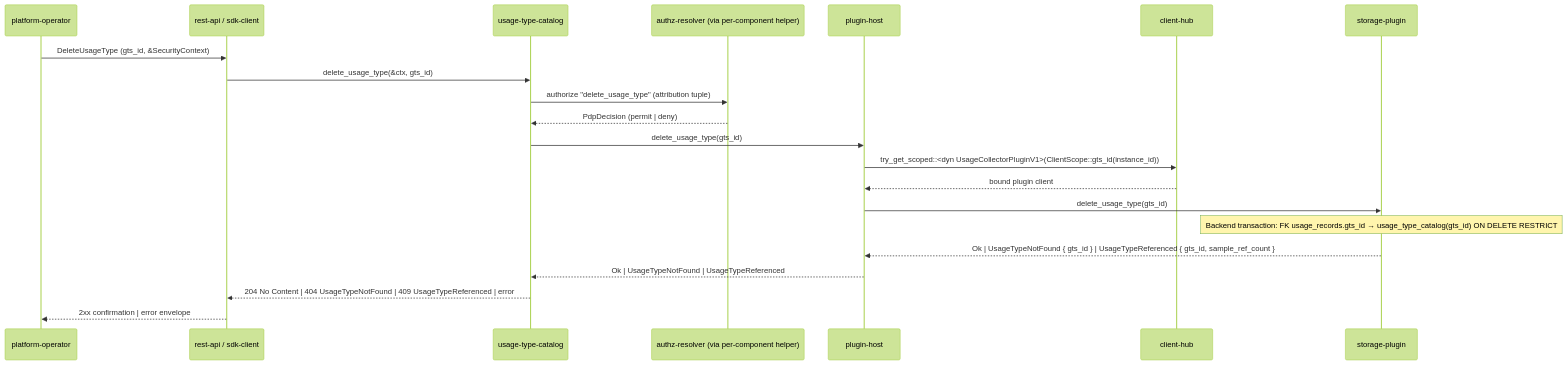
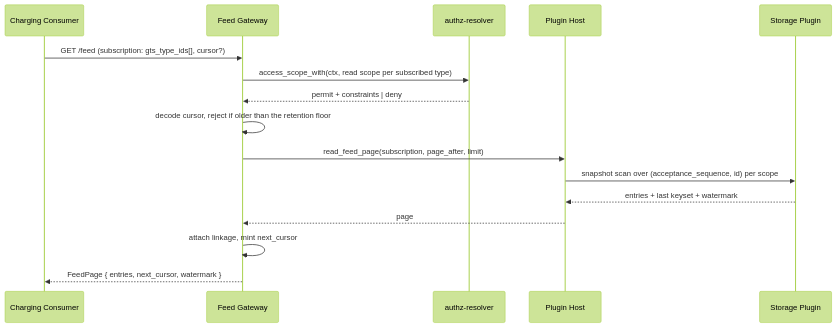
The seventh of 8 diagrams in gears/system/usage-collector/docs/DESIGN.md (constructorfabric/gears-rust), drawn with Mermaid (forest theme) before and after one commit. The commit also changed other lines of this file and 36 other files, not shown here.

First line of the commit message:
docs(usage-collector)!: rework the metering model in DESIGN and the ADRs

````diff
--- a/gears/system/usage-collector/docs/DESIGN.md
+++ b/gears/system/usage-collector/docs/DESIGN.md
@@ -816,23 +1459,19 @@
 ```mermaid
 sequenceDiagram
-    participant Operator as platform-operator
-    participant Surface as rest-api / sdk-client
-    participant MC as usage-type-catalog
-    participant PDP as authz-resolver (via per-component helper)
-    participant PH as plugin-host
-    participant Hub as client-hub
-    participant SP as storage-plugin
-    Operator ->> Surface: DeleteUsageType (gts_id, &SecurityContext)
-    Surface ->> MC: delete_usage_type(&ctx, gts_id)
-    MC ->> PDP: authorize "delete_usage_type" (attribution tuple)
-    PDP -->> MC: PdpDecision (permit | deny)
-    MC ->> PH: delete_usage_type(gts_id)
-    PH ->> Hub: try_get_scoped::<dyn UsageCollectorPluginV1>(ClientScope::gts_id(instance_id))
-    Hub -->> PH: bound plugin client
-    PH ->> SP: delete_usage_type(gts_id)
-    Note over SP: Backend transaction: FK usage_records.gts_id → usage_type_catalog(gts_id) ON DELETE RESTRICT
-    SP -->> PH: Ok | UsageTypeNotFound { gts_id } | UsageTypeReferenced { gts_id, sample_ref_count }
-    PH -->> MC: Ok | UsageTypeNotFound | UsageTypeReferenced
-    MC -->> Surface: 204 No Content | 404 UsageTypeNotFound | 409 UsageTypeReferenced | error
-    Surface -->> Operator: 2xx confirmation | error envelope
+    participant C as Charging Consumer
+    participant FG as Feed Gateway
+    participant PDP as authz-resolver
+    participant PH as Plugin Host
+    participant P as Storage Plugin
+
+    C->>FG: GET /feed (subscription: gts_type_ids[], cursor?)
+    FG->>PDP: access_scope_with(ctx, read scope per subscribed type)
+    PDP-->>FG: permit + constraints | deny
+    FG->>FG: decode cursor, reject if older than the retention floor
+    FG->>PH: read_feed_page(subscription, page_after, limit)
+    PH->>P: snapshot scan over (acceptance_sequence, id) per scope
+    P-->>PH: entries + last keyset + watermark
+    PH-->>FG: page
+    FG->>FG: attach linkage, mint next_cursor
+    FG-->>C: FeedPage { entries, next_cursor, watermark }
 ```
````
